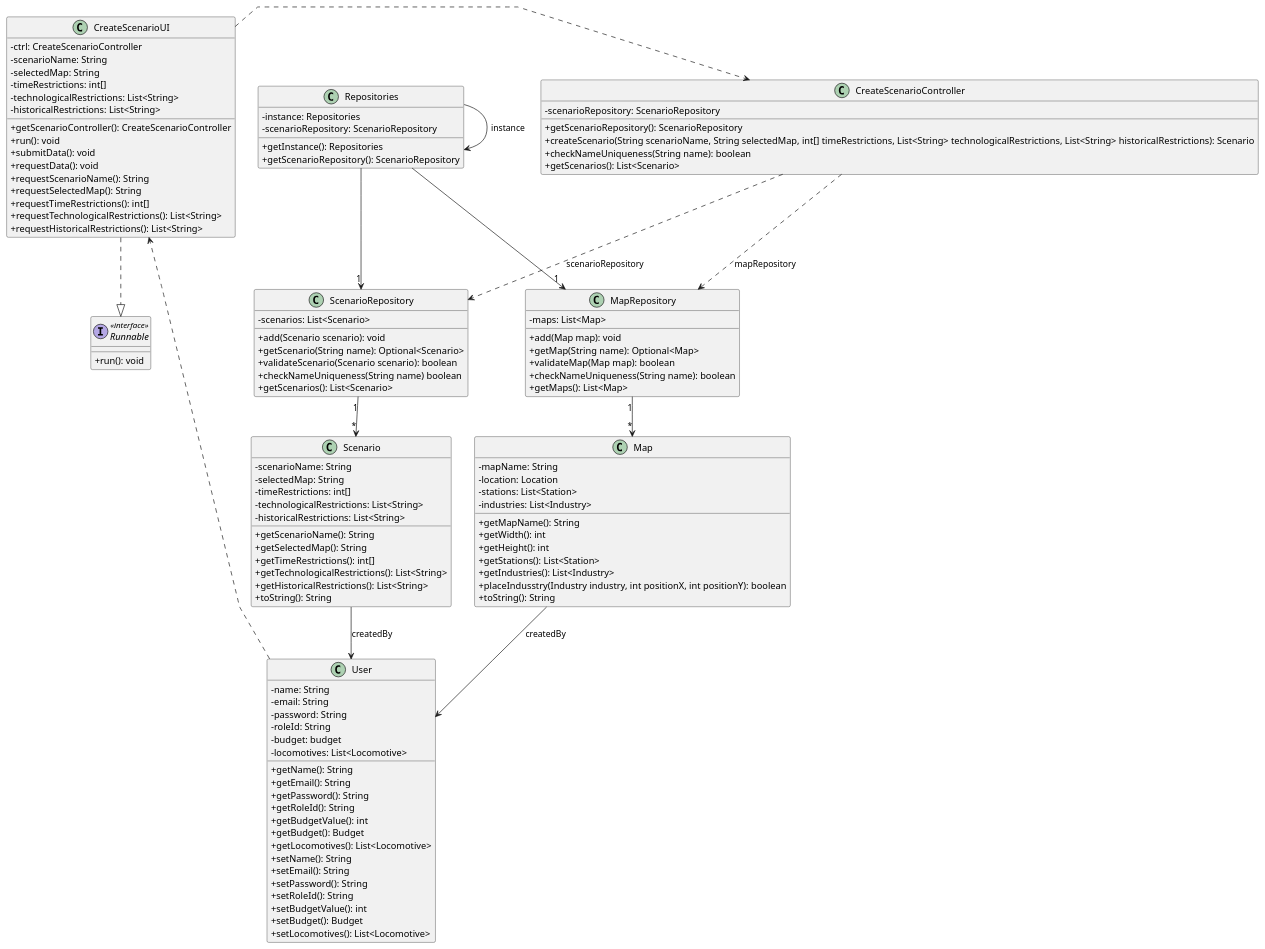
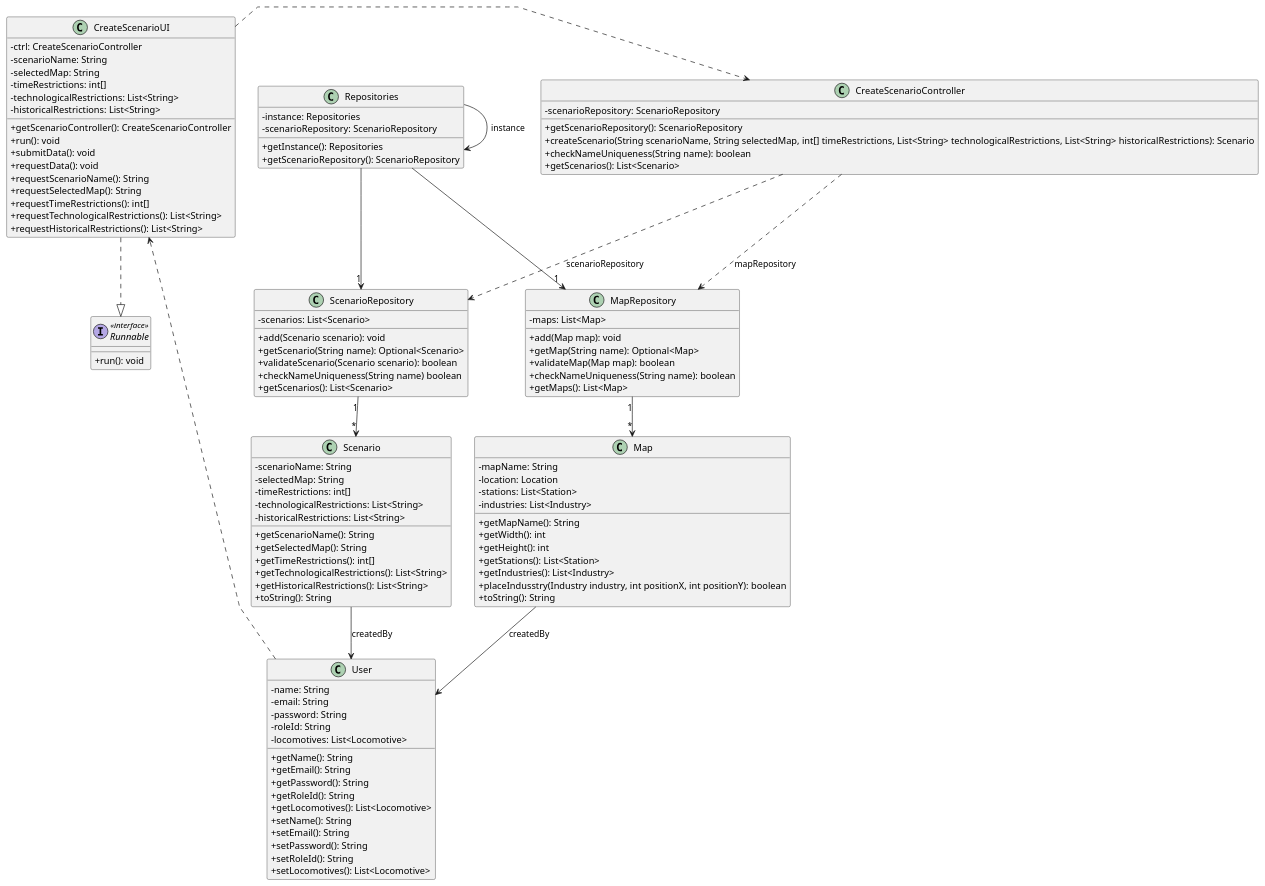
One commit to goncalolopesp/sem2-pi-24.25-g093-repo changed the diagram in docs/system-documentation/US004/03.design/puml/US004-CD.puml. Above: the diagram before and after it, drawn with PlantUML. The commit also changed 2 other files, not shown here.

Commit message:
US004 (docs) - Updated the CD according to the rewrite of Budget

```diff
--- a/docs/system-documentation/US004/03.design/puml/US004-CD.puml
+++ b/docs/system-documentation/US004/03.design/puml/US004-CD.puml
@@ -1,133 +1,128 @@
 @startuml
 
 skinparam packageStyle rectangle
 skinparam shadowing false
 skinparam linetype polyline
 skinparam classAttributeIconSize 0
 
 class User {
     -name: String
     -email: String
     -password: String
     -roleId: String
-    -budget: budget
     -locomotives: List<Locomotive>
     +getName(): String
     +getEmail(): String
     +getPassword(): String
     +getRoleId(): String
-    +getBudgetValue(): int
-    +getBudget(): Budget
     +getLocomotives(): List<Locomotive>
     +setName(): String
     +setEmail(): String
     +setPassword(): String
     +setRoleId(): String
-    +setBudgetValue(): int
-    +setBudget(): Budget
     +setLocomotives(): List<Locomotive>
 }
 
 class CreateScenarioUI {
     -ctrl: CreateScenarioController
     -scenarioName: String
     -selectedMap: String
     -timeRestrictions: int[]
     -technologicalRestrictions: List<String>
     -historicalRestrictions: List<String>
     +getScenarioController(): CreateScenarioController
     +run(): void
     +submitData(): void
     +requestData(): void
     +requestScenarioName(): String
     +requestSelectedMap(): String
     +requestTimeRestrictions(): int[]
     +requestTechnologicalRestrictions(): List<String>
     +requestHistoricalRestrictions(): List<String>
 
 }
 
 interface Runnable <<interface>>{
     +run(): void
 }
 
 class CreateScenarioController {
     -scenarioRepository: ScenarioRepository
     +getScenarioRepository(): ScenarioRepository
     +createScenario(String scenarioName, String selectedMap, int[] timeRestrictions, List<String> technologicalRestrictions, List<String> historicalRestrictions): Scenario
     +checkNameUniqueness(String name): boolean
     +getScenarios(): List<Scenario>
 }
 
 class Repositories {
     -instance: Repositories
     -scenarioRepository: ScenarioRepository
     +getInstance(): Repositories
     +getScenarioRepository(): ScenarioRepository
 }
 
 class ScenarioRepository {
     -scenarios: List<Scenario>
     +add(Scenario scenario): void
     +getScenario(String name): Optional<Scenario>
     +validateScenario(Scenario scenario): boolean
     +checkNameUniqueness(String name) boolean
     +getScenarios(): List<Scenario>
 }
 
 class MapRepository {
     -maps: List<Map>
     +add(Map map): void
     +getMap(String name): Optional<Map>
     +validateMap(Map map): boolean
     +checkNameUniqueness(String name): boolean
     +getMaps(): List<Map>
 }
 
 class Scenario {
     -scenarioName: String
     -selectedMap: String
     -timeRestrictions: int[]
     -technologicalRestrictions: List<String>
     -historicalRestrictions: List<String>
     +getScenarioName(): String
     +getSelectedMap(): String
     +getTimeRestrictions(): int[]
     +getTechnologicalRestrictions(): List<String>
     +getHistoricalRestrictions(): List<String>
     +toString(): String
 }
 
 class Map {
     -mapName: String
     -location: Location
     -stations: List<Station>
     -industries: List<Industry>
     +getMapName(): String
     +getWidth(): int
     +getHeight(): int
     +getStations(): List<Station>
     +getIndustries(): List<Industry>
     +placeIndusstry(Industry industry, int positionX, int positionY): boolean
     +toString(): String
 }
 
 User ..> CreateScenarioUI
 
 CreateScenarioUI ..|> Runnable
 CreateScenarioUI .> CreateScenarioController
 
 CreateScenarioController ..> ScenarioRepository : scenarioRepository
 CreateScenarioController ..> MapRepository : mapRepository
 
 Repositories -> Repositories : instance
 Repositories --> "1" ScenarioRepository
 Repositories --> "1" MapRepository
 
 ScenarioRepository "1" --> "*" Scenario
 MapRepository "1" --> "*" Map
 
 Scenario --> User : createdBy
 Map --> User : createdBy
 
 @enduml
```
